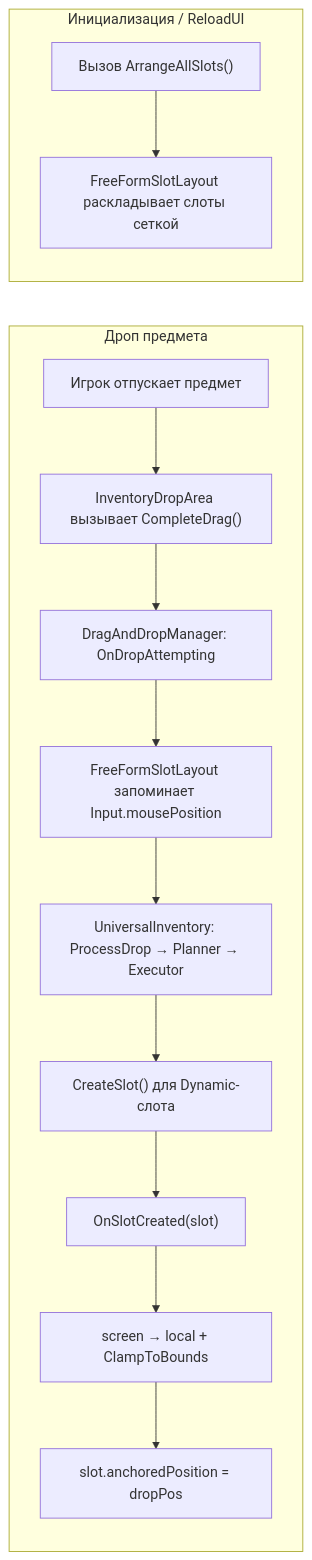
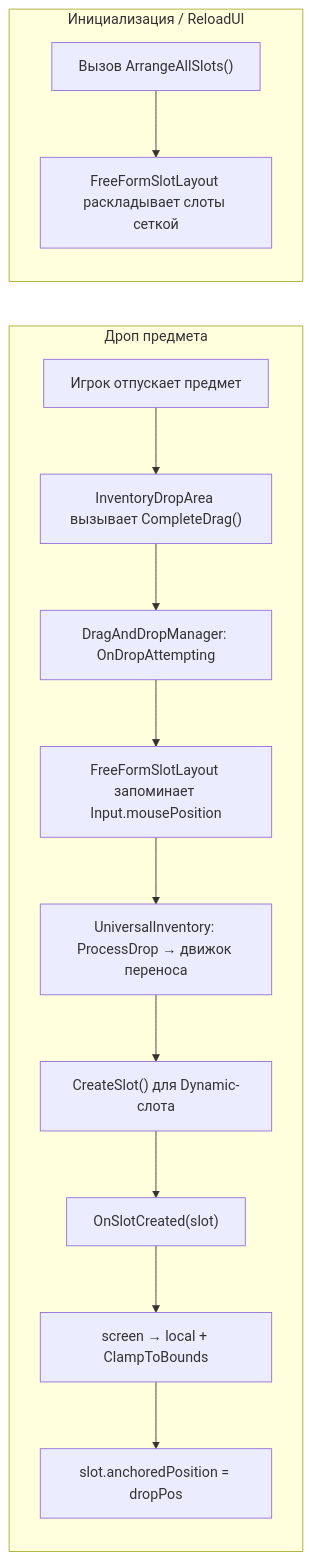
One commit to SergeevSergey99/DragAndDropSystem-Docs changed the second of 2 diagrams in .docs/content/systems/free-form-layout.ru.md. Above: the diagram before and after it, drawn with Mermaid. The commit also changed other lines of this file and 23 other files, not shown here.

````diff
--- a/.docs/content/systems/free-form-layout.ru.md
+++ b/.docs/content/systems/free-form-layout.ru.md
@@ -72,17 +72,17 @@
 ```mermaid
 flowchart LR
     subgraph Drop["Дроп предмета"]
         A["Игрок отпускает предмет"] --> B["InventoryDropArea вызывает CompleteDrag()"]
         B --> C["DragAndDropManager: OnDropAttempting"]
         C --> D["FreeFormSlotLayout запоминает Input.mousePosition"]
-        D --> E["UniversalInventory: ProcessDrop → Planner → Executor"]
+        D --> E["UniversalInventory: ProcessDrop → движок переноса"]
         E --> F["CreateSlot() для Dynamic-слота"]
         F --> G["OnSlotCreated(slot)"]
         G --> H["screen → local + ClampToBounds"]
         H --> I["slot.anchoredPosition = dropPos"]
     end
 
     subgraph Init["Инициализация / ReloadUI"]
         J["Вызов ArrangeAllSlots()"] --> K["FreeFormSlotLayout раскладывает слоты сеткой"]
     end
 ```
````
